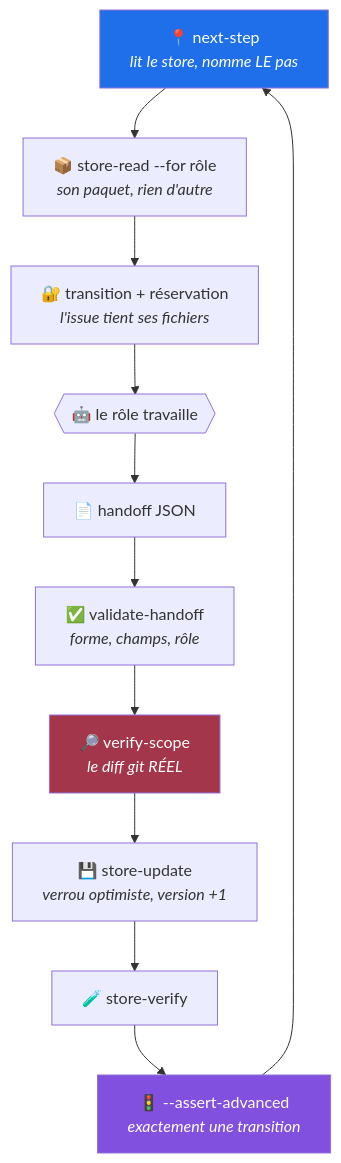
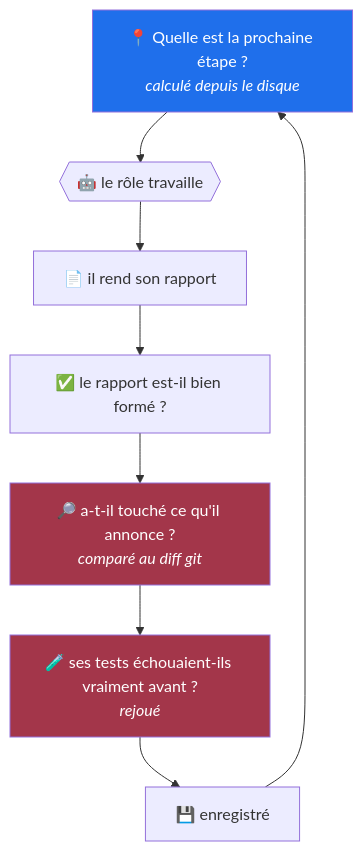
Before and after one commit to HerbertCodex/agent-pipeline: the second of 3 diagrams in README.md, drawn with Mermaid. The commit also changed other lines of this file, not shown here.

First line of the commit message:
README : ecrit pour quelqu'un qui arrive, pas pour celui qui l'a construit

````diff
--- a/README.md
+++ b/README.md
@@ -61,17 +111,14 @@
 ```mermaid
 flowchart TD
-    A["📍 next-step<br/><i>lit le store, nomme LE pas</i>"] --> B["📦 store-read --for rôle<br/><i>son paquet, rien d'autre</i>"]
-    B --> C["🔐 transition + réservation<br/><i>l'issue tient ses fichiers</i>"]
-    C --> D{{"🤖 le rôle travaille"}}
-    D --> E["📄 handoff JSON"]
-    E --> F["✅ validate-handoff<br/><i>forme, champs, rôle</i>"]
-    F --> G["🔎 verify-scope<br/><i>le diff git RÉEL</i>"]
-    G --> H["💾 store-update<br/><i>verrou optimiste, version +1</i>"]
-    H --> I["🧪 store-verify"]
-    I --> J["🚦 --assert-advanced<br/><i>exactement une transition</i>"]
-    J --> A
+    A["📍 Quelle est la prochaine étape ?<br/><i>calculé depuis le disque</i>"] --> D{{"🤖 le rôle travaille"}}
+    D --> E["📄 il rend son rapport"]
+    E --> F["✅ le rapport est-il bien formé ?"]
+    F --> G["🔎 a-t-il touché ce qu'il annonce ?<br/><i>comparé au diff git</i>"]
+    G --> H["🧪 ses tests échouaient-ils vraiment avant ?<br/><i>rejoué</i>"]
+    H --> I["💾 enregistré"]
+    I --> A
 
     style A fill:#1f6feb,color:#fff
     style G fill:#a3364a,color:#fff
-    style J fill:#8250df,color:#fff
+    style H fill:#a3364a,color:#fff
 ```
````
